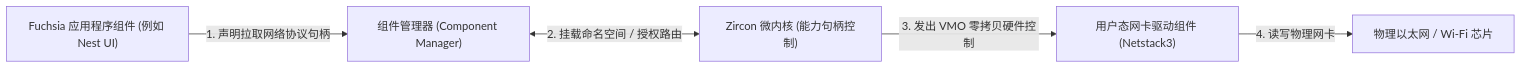
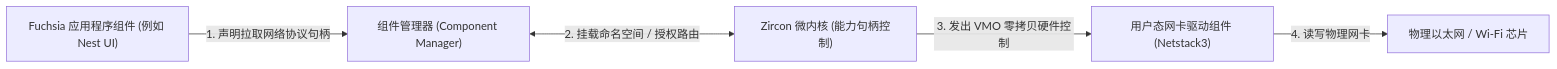
The third of 8 diagrams in docs/atlas/fuchsia.mdx (koosai/AI-Architect-Learning), drawn with Mermaid before and after one commit. The commit also changed 68 other files, not shown here.

Commit message:
fix(atlas): fix browser client-side Mermaid rendering for mindmaps and flowcharts across 67 case studies

````diff
--- a/docs/atlas/fuchsia.mdx
+++ b/docs/atlas/fuchsia.mdx
@@ -101,7 +101,7 @@
 ```mermaid
 graph LR
   UserApp["Fuchsia 应用程序组件 (例如 Nest UI)"] -->|1. 声明拉取网络协议句柄| CompManager["组件管理器 (Component Manager)"]
-  CompManager <-->|2. 挂载命名空间 / 授权路由| ZirconKernel["Zircon 微内核 (能力句柄控制)"]
+  CompManager <--->|2. 挂载命名空间 / 授权路由| ZirconKernel["Zircon 微内核 (能力句柄控制)"]
   ZirconKernel -->|3. 发出 VMO 零拷贝硬件控制| NetworkDriver["用户态网卡驱动组件 (Netstack3)"]
   NetworkDriver -->|4. 读写物理网卡| PhysicalNIC["物理以太网 / Wi-Fi 芯片"]
 ```
````
